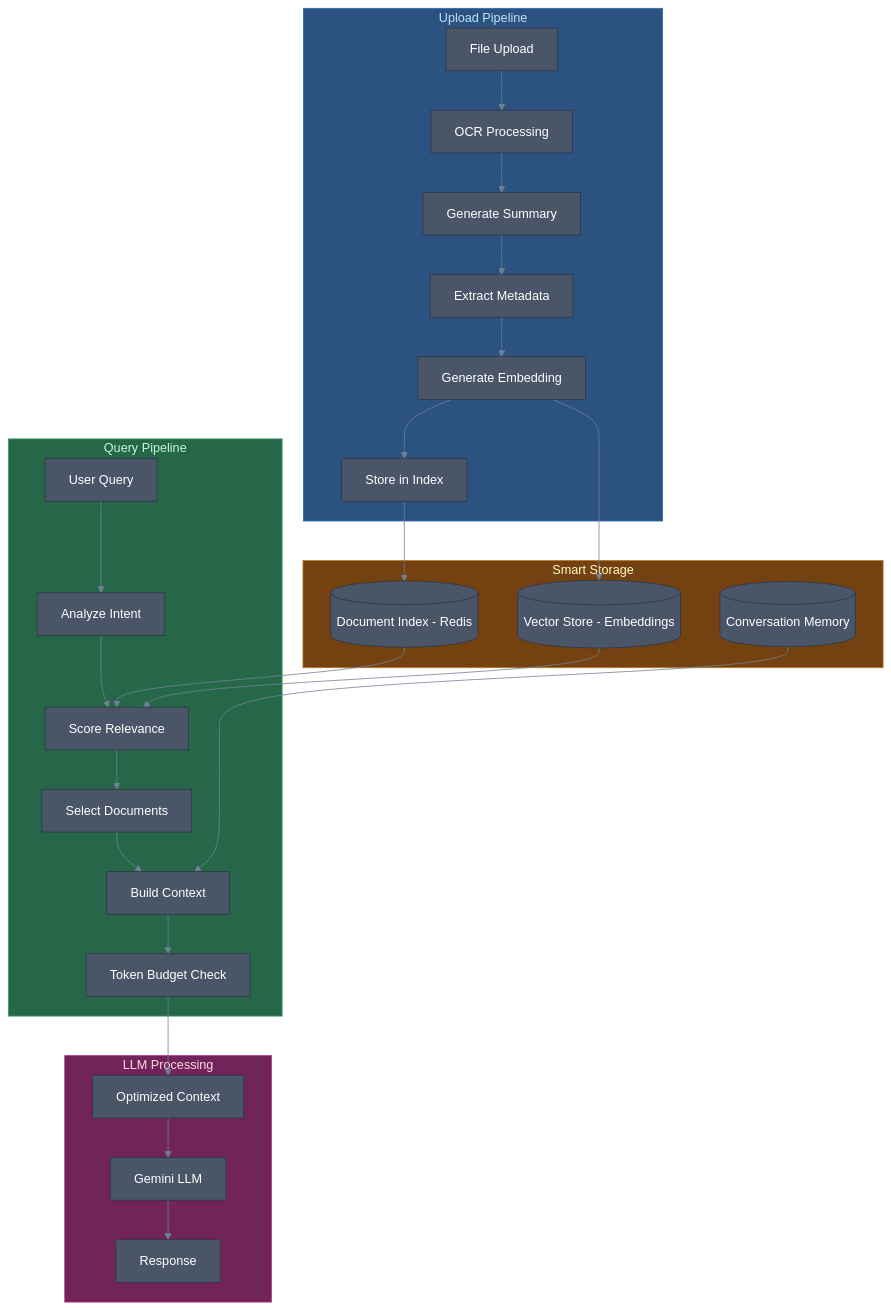
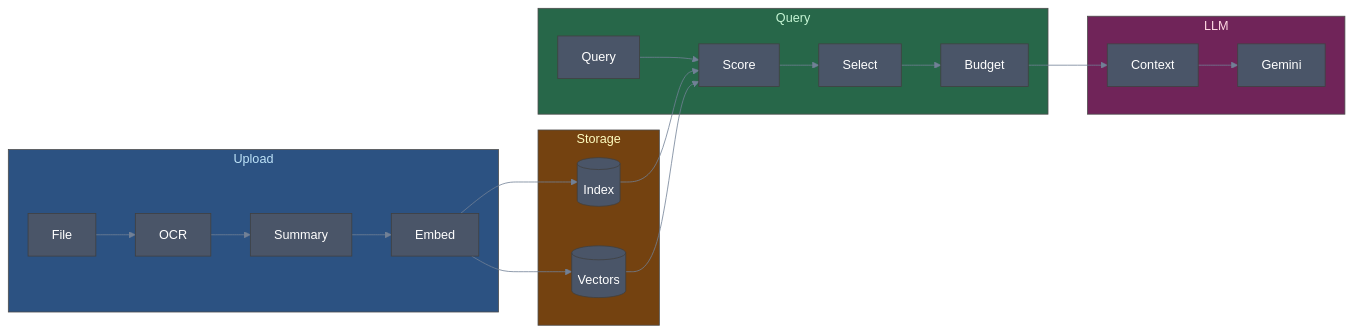
The third of 17 diagrams in chat_context/chat_context.md (manumishra-zm/execution_plan), drawn with Mermaid before and after one commit. The commit also changed other lines of this file, not shown here.

````diff
--- a/chat_context/chat_context.md
+++ b/chat_context/chat_context.md
@@ -108,42 +80,24 @@
 ```mermaid
-%%{init: {'theme': 'base', 'themeVariables': { 'primaryColor': '#4a5568', 'primaryTextColor': '#fff', 'primaryBorderColor': '#2d3748', 'lineColor': '#718096'}}}%%
-flowchart TB
-    subgraph Upload["Upload Pipeline"]
-        U1[File Upload] --> U2[OCR Processing]
-        U2 --> U3[Generate Summary]
-        U3 --> U4[Extract Metadata]
-        U4 --> U5[Generate Embedding]
-        U5 --> U6[Store in Index]
+%%{init: {'theme': 'base', 'themeVariables': { 'primaryColor': '#4a5568', 'primaryTextColor': '#fff', 'lineColor': '#718096'}}}%%
+flowchart LR
+    subgraph UP["Upload"]
+        U1[File] --> U2[OCR] --> U3[Summary] --> U4[Embed]
     end
-
-    subgraph Storage["Smart Storage"]
-        S1[(Document Index - Redis)]
-        S2[(Vector Store - Embeddings)]
-        S3[(Conversation Memory)]
+    subgraph ST["Storage"]
+        S1[(Index)]
+        S2[(Vectors)]
     end
-
-    subgraph Query["Query Pipeline"]
-        Q1[User Query] --> Q2[Analyze Intent]
-        Q2 --> Q3[Score Relevance]
-        Q3 --> Q4[Select Documents]
-        Q4 --> Q5[Build Context]
-        Q5 --> Q6[Token Budget Check]
+    subgraph QR["Query"]
+        Q1[Query] --> Q2[Score] --> Q3[Select] --> Q4[Budget]
     end
-
-    subgraph LLM["LLM Processing"]
-        L1[Optimized Context] --> L2[Gemini LLM]
-        L2 --> L3[Response]
+    subgraph LM["LLM"]
+        L1[Context] --> L2[Gemini]
     end
-
-    U6 --> S1
-    U5 --> S2
-    S1 --> Q3
-    S2 --> Q3
-    S3 --> Q5
-    Q6 --> L1
-
-    style Upload fill:#2c5282,color:#bee3f8,stroke:#2b6cb0
-    style Storage fill:#744210,color:#fefcbf,stroke:#b7791f
-    style Query fill:#276749,color:#c6f6d5,stroke:#38a169
-    style LLM fill:#702459,color:#fed7e2,stroke:#b83280
+    U4 --> S1 & S2
+    S1 & S2 --> Q2
+    Q4 --> L1
+    style UP fill:#2c5282,color:#bee3f8
+    style ST fill:#744210,color:#fefcbf
+    style QR fill:#276749,color:#c6f6d5
+    style LM fill:#702459,color:#fed7e2
 ```
````
